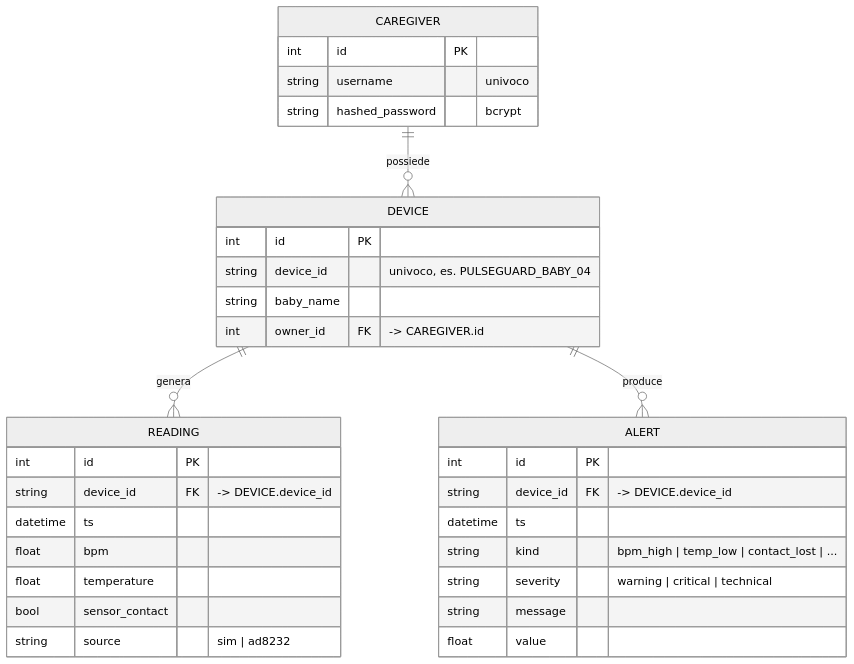
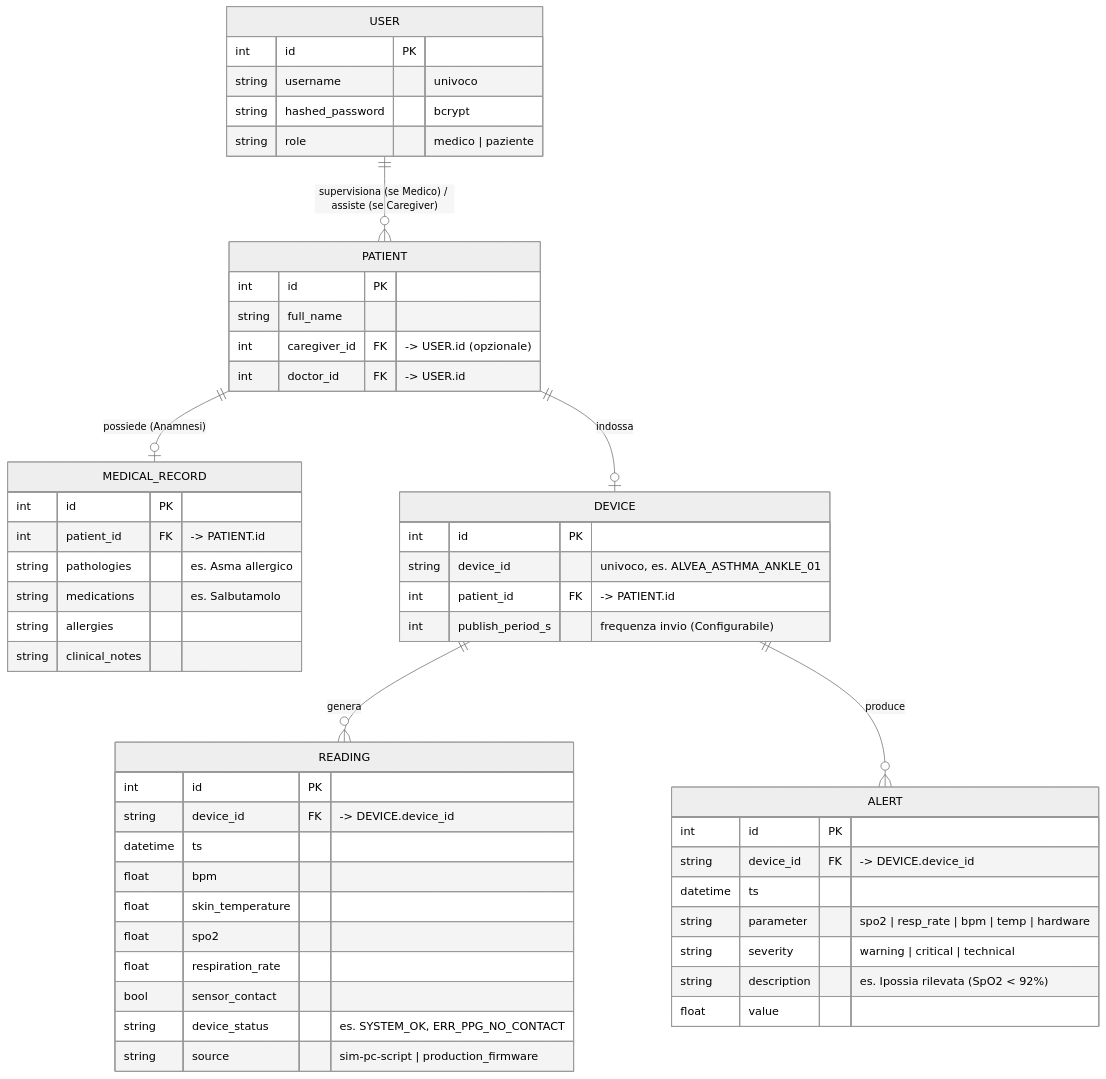
Before and after one commit to acrisci05/Alvea: the diagram in docs/03-er-schema.md, drawn with Mermaid (neutral theme).

````diff
--- a/docs/03-er-schema.md
+++ b/docs/03-er-schema.md
@@ -5,36 +5,56 @@
 ```mermaid
 erDiagram
-    CAREGIVER ||--o{ DEVICE : possiede
-    DEVICE   ||--o{ READING : genera
-    DEVICE   ||--o{ ALERT   : produce
+    USER ||--o{ PATIENT : "supervisiona (se Medico) / assiste (se Caregiver)"
+    PATIENT ||--o| MEDICAL_RECORD : "possiede (Anamnesi)"
+    PATIENT ||--o| DEVICE : "indossa"
+    DEVICE  ||--o{ READING : "genera"
+    DEVICE  ||--o{ ALERT   : "produce"
 
-    CAREGIVER {
+    USER {
         int    id PK
         string username "univoco"
         string hashed_password "bcrypt"
+        string role "medico | paziente"
+    }
+    PATIENT {
+        int    id PK
+        string full_name
+        int    caregiver_id FK "-> USER.id (opzionale)"
+        int    doctor_id FK "-> USER.id"
+    }
+    MEDICAL_RECORD {
+        int    id PK
+        int    patient_id FK "-> PATIENT.id"
+        string pathologies "es. Asma allergico"
+        string medications "es. Salbutamolo"
+        string allergies
+        string clinical_notes
     }
     DEVICE {
         int    id PK
-        string device_id "univoco, es. PULSEGUARD_BABY_04"
-        string baby_name
-        int    owner_id FK "-> CAREGIVER.id"
+        string device_id "univoco, es. ALVEA_ASTHMA_ANKLE_01"
+        int    patient_id FK "-> PATIENT.id"
+        int    publish_period_s "frequenza invio (Configurabile)"
     }
     READING {
         int      id PK
         string   device_id FK "-> DEVICE.device_id"
         datetime ts
         float    bpm
-        float    temperature
+        float    skin_temperature
+        float    spo2
+        float    respiration_rate
         bool     sensor_contact
-        string   source "sim | ad8232"
+        string   device_status "es. SYSTEM_OK, ERR_PPG_NO_CONTACT"
+        string   source "sim-pc-script | production_firmware"
     }
     ALERT {
         int      id PK
         string   device_id FK "-> DEVICE.device_id"
         datetime ts
-        string   kind "bpm_high | temp_low | contact_lost | ..."
+        string   parameter "spo2 | resp_rate | bpm | temp | hardware"
         string   severity "warning | critical | technical"
-        string   message
+        string   description "es. Ipossia rilevata (SpO2 < 92%)"
         float    value
     }
 ```
````
